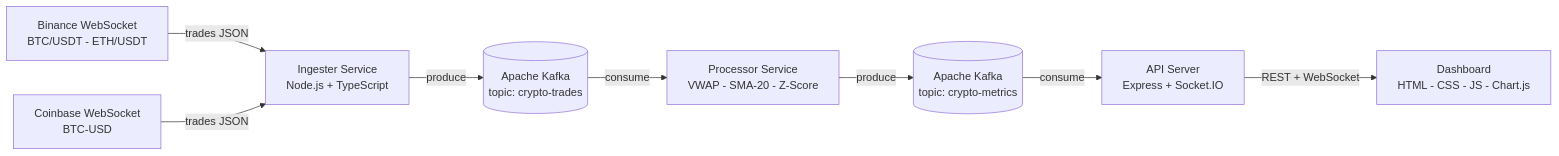
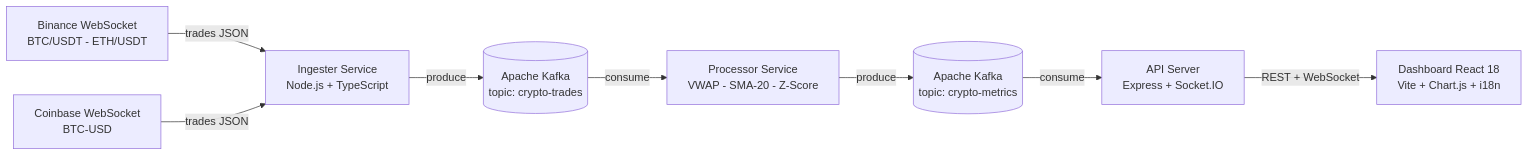
Before and after one commit to Adam-Blf/crypto-market-monitor: the diagram in README.md, drawn with Mermaid. The commit also changed other lines of this file, not shown here.

Commit message:
docs: update README to reflect React 18 dashboard, Python launcher, current structure

````diff
--- a/README.md
+++ b/README.md
@@ -33,10 +34,10 @@
 ```mermaid
 graph LR
     B["Binance WebSocket<br/>BTC/USDT - ETH/USDT"] -->|trades JSON| ING["Ingester Service<br/>Node.js + TypeScript"]
     C["Coinbase WebSocket<br/>BTC-USD"] -->|trades JSON| ING
     ING -->|produce| K[("Apache Kafka<br/>topic: crypto-trades")]
     K -->|consume| PROC["Processor Service<br/>VWAP - SMA-20 - Z-Score"]
     PROC -->|produce| K2[("Apache Kafka<br/>topic: crypto-metrics")]
     K2 -->|consume| API["API Server<br/>Express + Socket.IO"]
-    API -->|REST + WebSocket| DASH["Dashboard<br/>HTML - CSS - JS - Chart.js"]
+    API -->|REST + WebSocket| DASH["Dashboard React 18<br/>Vite + Chart.js + i18n"]
 ```
````
